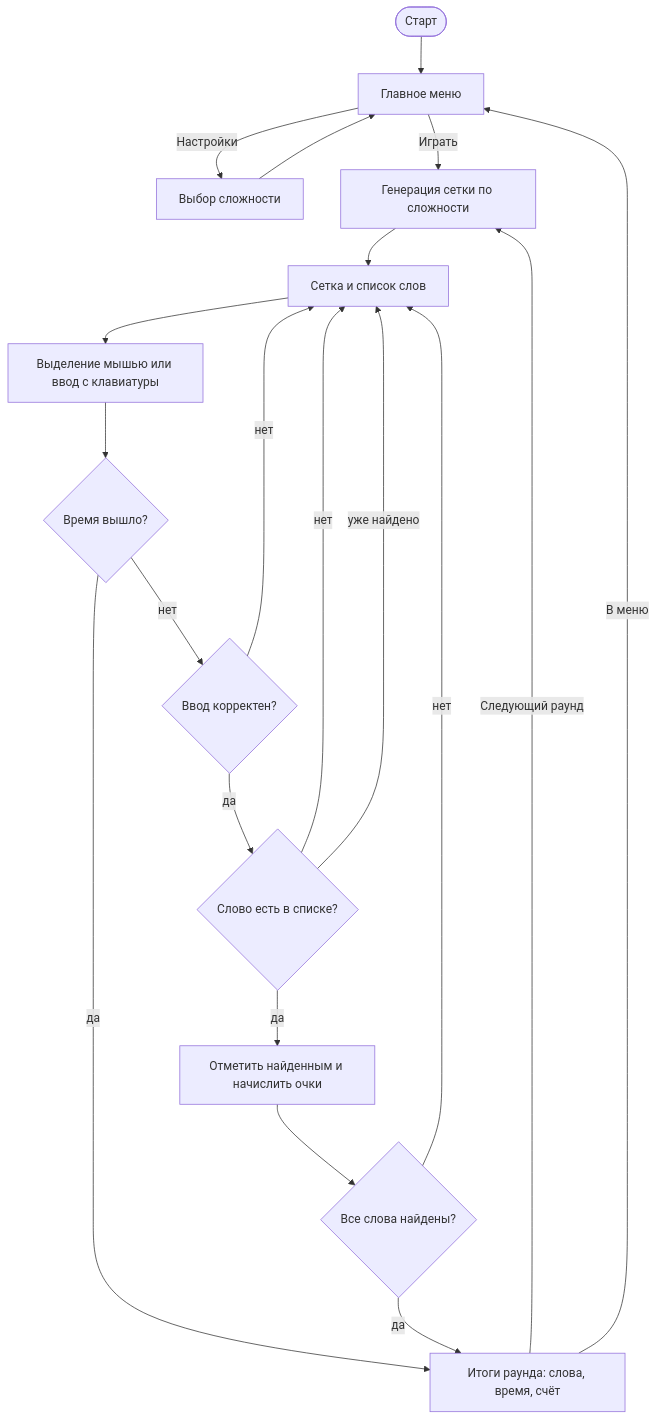
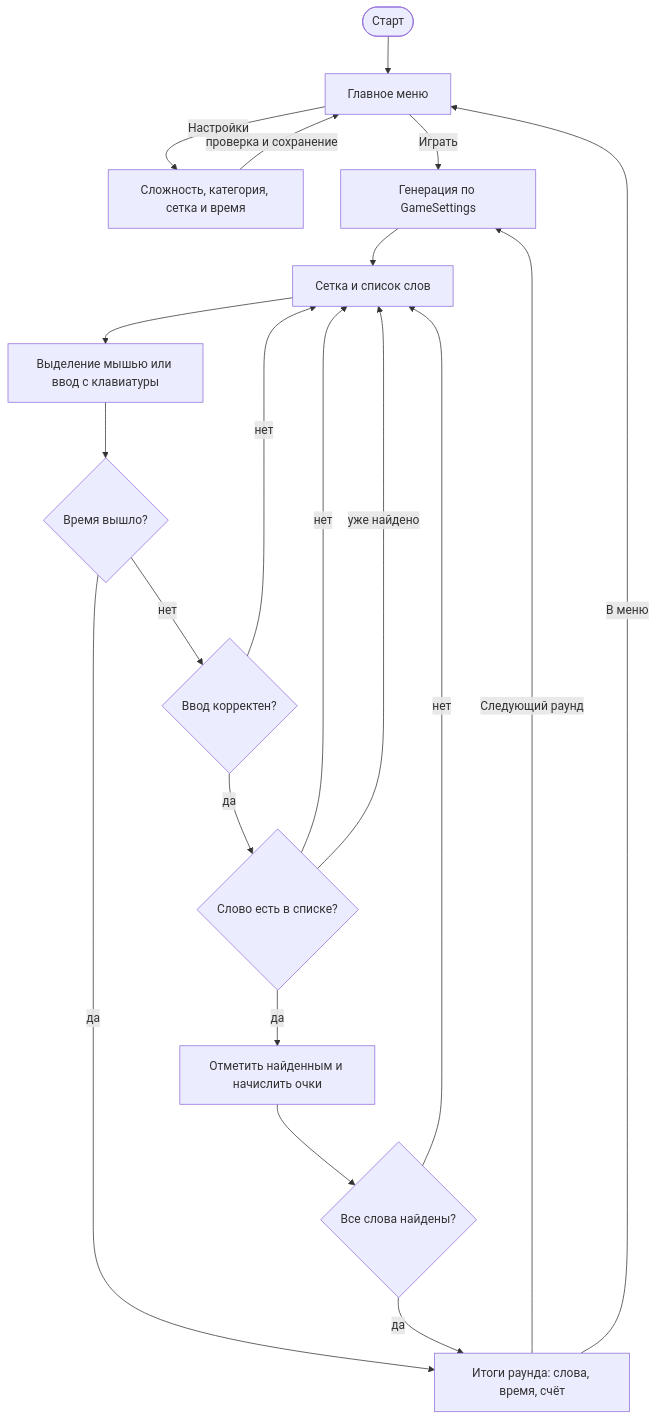
The second of 4 diagrams in zaeso-Words-Roadmap.md (zaeso/zaeso-Words), drawn with Mermaid before and after one commit. The commit also changed other lines of this file and 10 other files, not shown here.

````diff
--- a/zaeso-Words-Roadmap.md
+++ b/zaeso-Words-Roadmap.md
@@ -188,22 +203,22 @@
 ```mermaid
 flowchart TD
     S(["Старт"]) --> MENU["Главное меню"]
-    MENU -->|"Настройки"| SET["Выбор сложности"]
-    SET --> MENU
-    MENU -->|"Играть"| GEN["Генерация сетки по сложности"]
+    MENU -->|"Настройки"| SET["Сложность, категория, сетка и время"]
+    SET -->|"проверка и сохранение"| MENU
+    MENU -->|"Играть"| GEN["Генерация по GameSettings"]
     GEN --> SHOW["Сетка и список слов"]
     SHOW --> INPUT["Выделение мышью или ввод с клавиатуры"]
     INPUT --> TIME{"Время вышло?"}
     TIME -->|"да"| RESULT["Итоги раунда: слова, время, счёт"]
     TIME -->|"нет"| VALID{"Ввод корректен?"}
     VALID -->|"нет"| SHOW
     VALID -->|"да"| CHECK{"Слово есть в списке?"}
     CHECK -->|"нет"| SHOW
     CHECK -->|"уже найдено"| SHOW
     CHECK -->|"да"| MARK["Отметить найденным и начислить очки"]
     MARK --> DONE{"Все слова найдены?"}
     DONE -->|"нет"| SHOW
     DONE -->|"да"| RESULT
     RESULT -->|"Следующий раунд"| GEN
     RESULT -->|"В меню"| MENU
 ```
````
